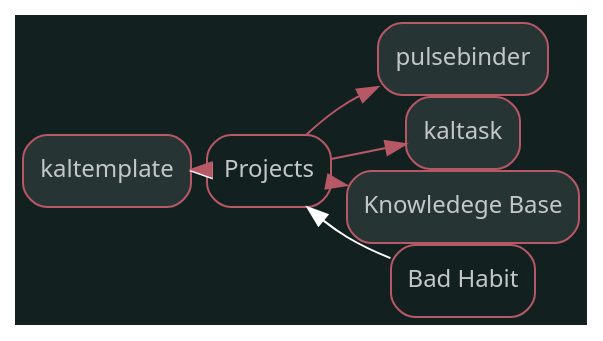
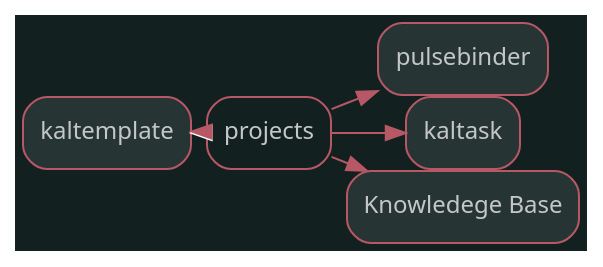
The diagram in src/dot/kaltemplate.dot (Kalelzar/Knowledge), drawn with Graphviz before and after one commit. The commit also changed 484 other files, not shown here.

```diff
--- a/src/dot/kaltemplate.dot
+++ b/src/dot/kaltemplate.dot
@@ -1,3 +1,3 @@
 digraph "kaltemplate" {graph [nodesep=0,ranksep=0,rankdir="LR",bgcolor="#132020"];node [shape="rectangle",style="rounded,filled",fontname="sans",fontsize="12px",labelfontname="sans",color="#b75867",fillcolor="#273434",fontcolor="#c4c7c7"];"kaltemplate" [label="kaltemplate",tooltip="kaltemplate",URL="/Knowledge/kaltemplate.html",target="_parent"];subgraph "Forward kaltemplate" {edge [color="#b75867"];}
-node [shape="rectangle",style="rounded",fontname="sans",fontsize="12px",labelfontname="sans",color="#b75867",fillcolor="#FFFFFF",fontcolor="#c4c7c7"];"Projects" [label="Projects",tooltip="Projects",URL="/Knowledge/Projects.html",target="_parent"];subgraph "Backward kaltemplate" {edge [dir="back",color="#FFFFFF"];"kaltemplate" -> "Projects";}node [shape="rectangle",style="rounded,filled",fontname="sans",fontsize="12px",labelfontname="sans",color="#b75867",fillcolor="#273434",fontcolor="#c4c7c7"];"Projects" [label="Projects",tooltip="Projects",URL="/Knowledge/Projects.html",target="_parent"];"pulsebinder" [label="pulsebinder",tooltip="pulsebinder",URL="/Knowledge/pulsebinder.html",target="_parent"];"kaltemplate" [label="kaltemplate",tooltip="kaltemplate",URL="/Knowledge/kaltemplate.html",target="_parent"];"kaltask" [label="kaltask",tooltip="kaltask",URL="/Knowledge/kaltask.html",target="_parent"];"Knowledege Base" [label="Knowledege Base",tooltip="Knowledege Base",URL="/Knowledge/Knowledege Base.html",target="_parent"];subgraph "Forward Projects" {edge [color="#b75867"];"Projects" -> "pulsebinder";"Projects" -> "kaltemplate";"Projects" -> "kaltask";"Projects" -> "Knowledege Base";}
-node [shape="rectangle",style="rounded",fontname="sans",fontsize="12px",labelfontname="sans",color="#b75867",fillcolor="#FFFFFF",fontcolor="#c4c7c7"];"Bad Habit" [label="Bad Habit",tooltip="Bad Habit",URL="/Knowledge/Bad Habit.html",target="_parent"];subgraph "Backward Projects" {edge [dir="back",color="#FFFFFF"];"Projects" -> "Bad Habit";}}
+node [shape="rectangle",style="rounded",fontname="sans",fontsize="12px",labelfontname="sans",color="#b75867",fillcolor="#FFFFFF",fontcolor="#c4c7c7"];"projects" [label="projects",tooltip="projects",URL="/Knowledge/projects.html",target="_parent"];subgraph "Backward kaltemplate" {edge [dir="back",color="#FFFFFF"];"kaltemplate" -> "projects";}node [shape="rectangle",style="rounded,filled",fontname="sans",fontsize="12px",labelfontname="sans",color="#b75867",fillcolor="#273434",fontcolor="#c4c7c7"];"projects" [label="projects",tooltip="projects",URL="/Knowledge/projects.html",target="_parent"];"pulsebinder" [label="pulsebinder",tooltip="pulsebinder",URL="/Knowledge/pulsebinder.html",target="_parent"];"kaltemplate" [label="kaltemplate",tooltip="kaltemplate",URL="/Knowledge/kaltemplate.html",target="_parent"];"kaltask" [label="kaltask",tooltip="kaltask",URL="/Knowledge/kaltask.html",target="_parent"];"Knowledege Base" [label="Knowledege Base",tooltip="Knowledege Base",URL="/Knowledge/Knowledege Base.html",target="_parent"];subgraph "Forward projects" {edge [color="#b75867"];"projects" -> "pulsebinder";"projects" -> "kaltemplate";"projects" -> "kaltask";"projects" -> "Knowledege Base";}
+node [shape="rectangle",style="rounded",fontname="sans",fontsize="12px",labelfontname="sans",color="#b75867",fillcolor="#FFFFFF",fontcolor="#c4c7c7"];subgraph "Backward projects" {edge [dir="back",color="#FFFFFF"];}}
```
